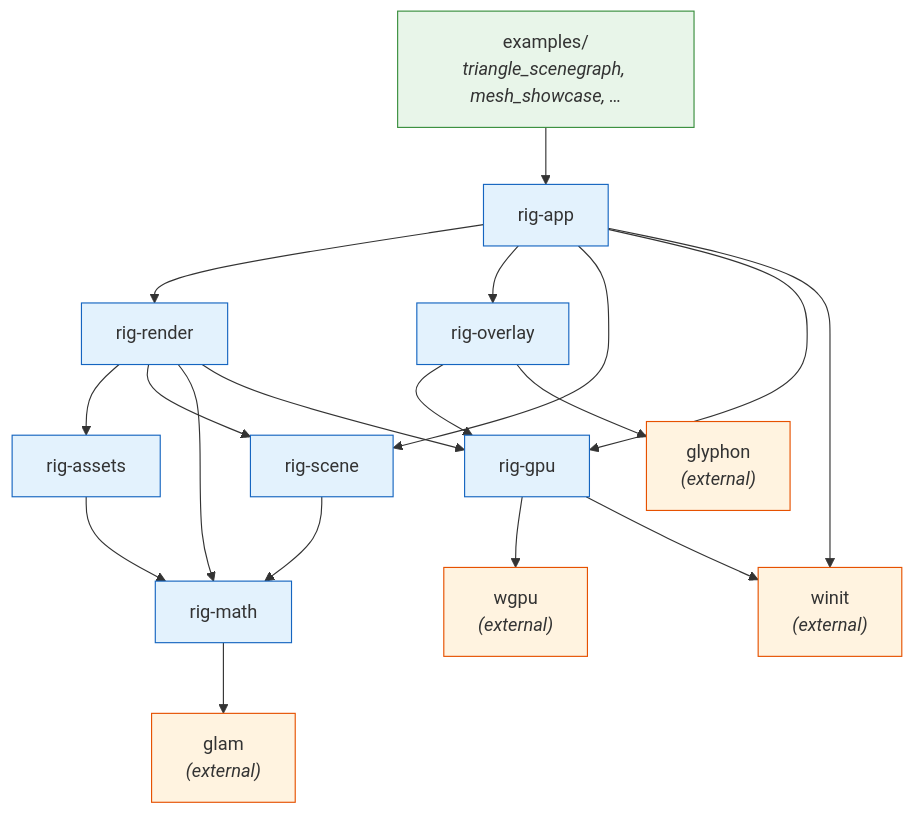
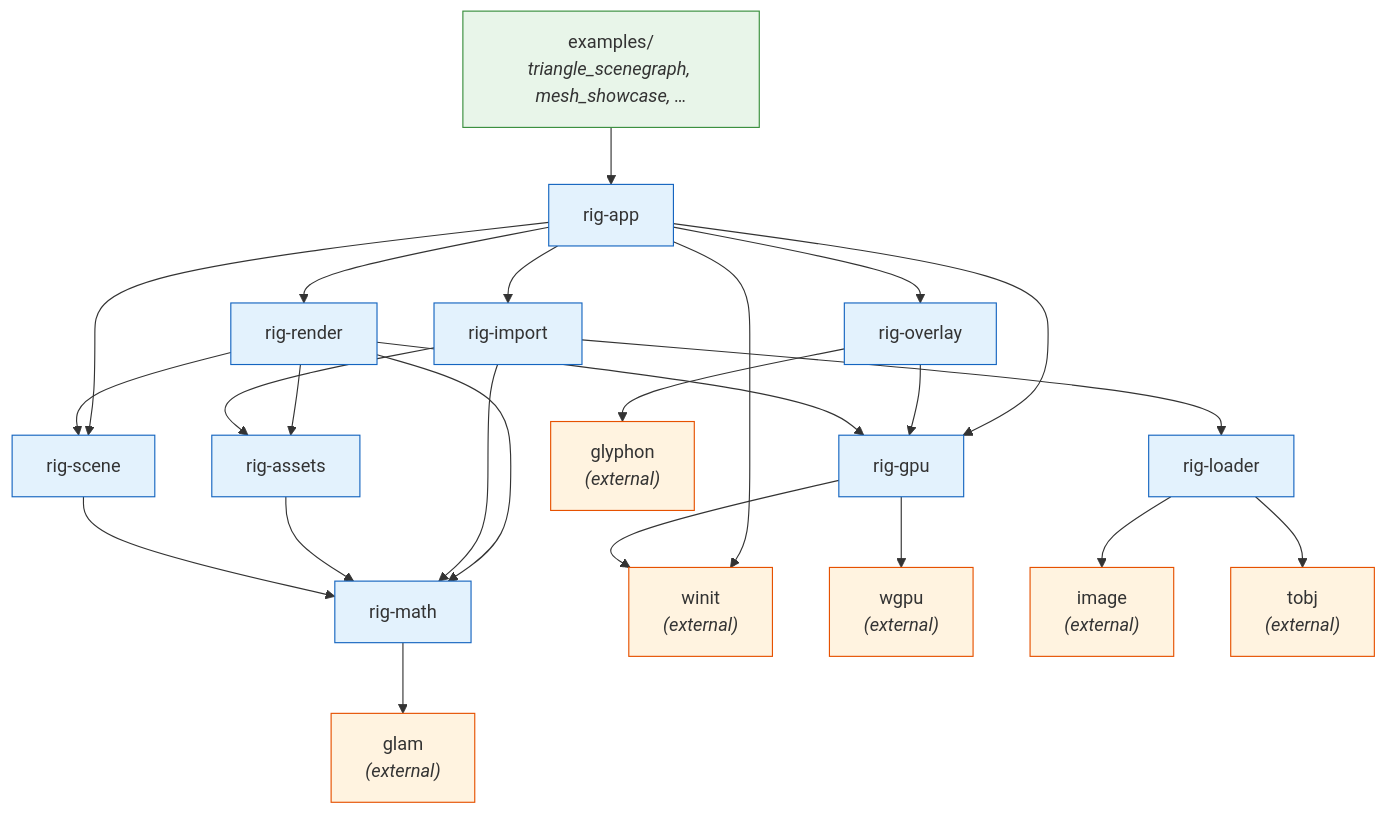
The first of 4 diagrams in docs/ARCHITECTURE.md (vansweej/nodemoss), drawn with Mermaid before and after one commit. The commit also changed other lines of this file and 57 other files, not shown here.

Commit message:
feat: asset loading pipeline — rig-loader, rig-import, seven examples

````diff
--- a/docs/ARCHITECTURE.md
+++ b/docs/ARCHITECTURE.md
@@ -172,51 +188,67 @@
 ```mermaid
 graph TD
     examples["examples/<br/><i>triangle_scenegraph, mesh_showcase, …</i>"]
     app["rig-app"]
     overlay["rig-overlay"]
     render["rig-render"]
     gpu["rig-gpu"]
+    import["rig-import"]
+    loader["rig-loader"]
     assets["rig-assets"]
     scene["rig-scene"]
     math["rig-math"]
     winit["winit<br/><i>(external)</i>"]
     wgpu["wgpu<br/><i>(external)</i>"]
     glyphon["glyphon<br/><i>(external)</i>"]
     glam["glam<br/><i>(external)</i>"]
+    image["image<br/><i>(external)</i>"]
+    tobj["tobj<br/><i>(external)</i>"]
 
     examples --> app
 
     app --> render
     app --> overlay
     app --> scene
     app --> gpu
+    app --> import
     app --> winit
 
     overlay --> gpu
     overlay --> glyphon
 
     render --> assets
     render --> scene
     render --> math
     render --> gpu
+
+    import --> loader
+    import --> assets
+    import --> math
+
+    loader --> image
+    loader --> tobj
 
     gpu --> wgpu
     gpu --> winit
 
     assets --> math
     scene --> math
     math --> glam
 
     style examples fill:#e8f5e9,stroke:#388e3c
     style app fill:#e3f2fd,stroke:#1565c0
     style overlay fill:#e3f2fd,stroke:#1565c0
     style render fill:#e3f2fd,stroke:#1565c0
     style gpu fill:#e3f2fd,stroke:#1565c0
+    style import fill:#e3f2fd,stroke:#1565c0
+    style loader fill:#e3f2fd,stroke:#1565c0
     style assets fill:#e3f2fd,stroke:#1565c0
     style scene fill:#e3f2fd,stroke:#1565c0
     style math fill:#e3f2fd,stroke:#1565c0
     style winit fill:#fff3e0,stroke:#e65100
     style wgpu fill:#fff3e0,stroke:#e65100
     style glyphon fill:#fff3e0,stroke:#e65100
     style glam fill:#fff3e0,stroke:#e65100
+    style image fill:#fff3e0,stroke:#e65100
+    style tobj fill:#fff3e0,stroke:#e65100
 ```
````
